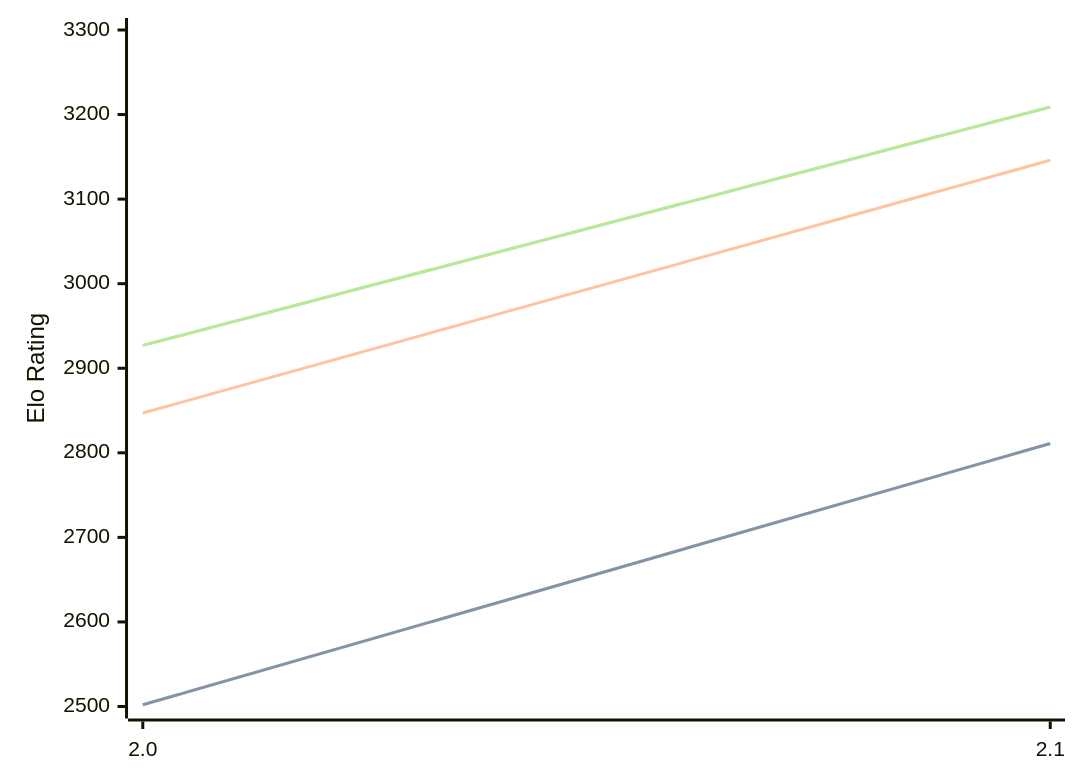
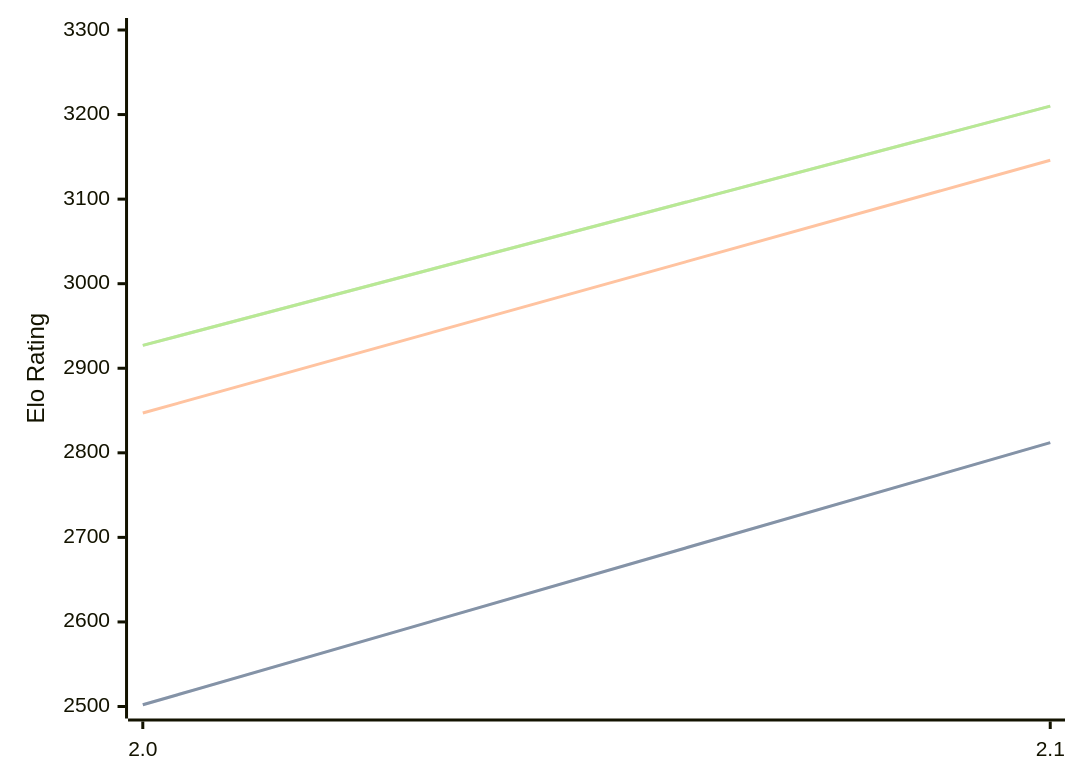
Before and after one commit to computer-chess-index/cci: the diagram in engines/Tunguska.md, drawn with Mermaid. The commit also changed other lines of this file, not shown here.

Commit message:
Update CCI Ratings (ELO VLTC) - 2026-08-29

````diff
--- a/engines/Tunguska.md
+++ b/engines/Tunguska.md
@@ -32,11 +32,11 @@
 ```mermaid
 %%{init: {"theme":"base","themeVariables":{"seriesColors:['#a3a3a3','#222221','#faa371']}}}%%
 xychart-beta
   x-axis ["2.0", "2.1"]
   y-axis "Elo Rating" 2500 --> 3300
-  line "" [2502, 2811]
-  line "STC (8.0+0.08s)" [2502, 2811]
+  line "" [2502, 2812]
+  line "STC (8.0+0.08s)" [2502, 2812]
   line "LTC (60.0+0.60s)" [2847, 3146]
-  line "" [2927, 3209]
-  line "VLTC (2m24s+1.12s)" [2927, 3209]
+  line "" [2927, 3210]
+  line "VLTC (2m24s+1.12s)" [2927, 3210]
 ```
````
